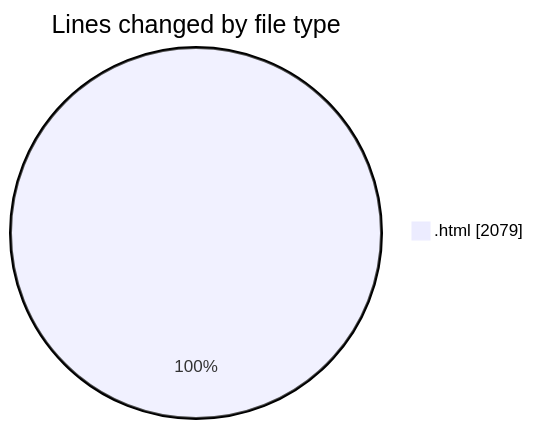
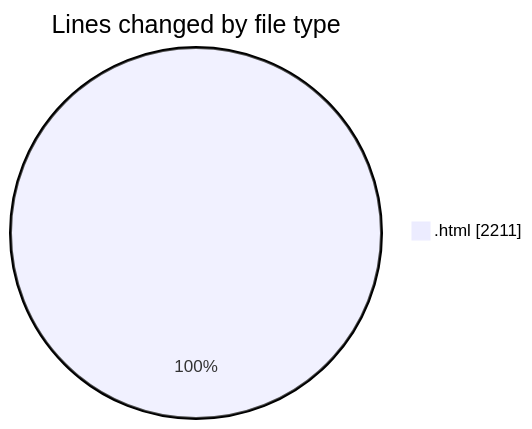
One commit to Ritupan-Deka/code-tracking changed the first of 2 diagrams in 2025-06-17/projects/README.md. Above: the diagram before and after it, drawn with Mermaid. The commit also changed other lines of this file and 1 other file, not shown here.

````diff
--- a/2025-06-17/projects/README.md
+++ b/2025-06-17/projects/README.md
@@ -21,5 +21,5 @@
 ```mermaid
 pie showData
 title Lines changed by file type
-".html" : 2079
+".html" : 2211
 ```
````
